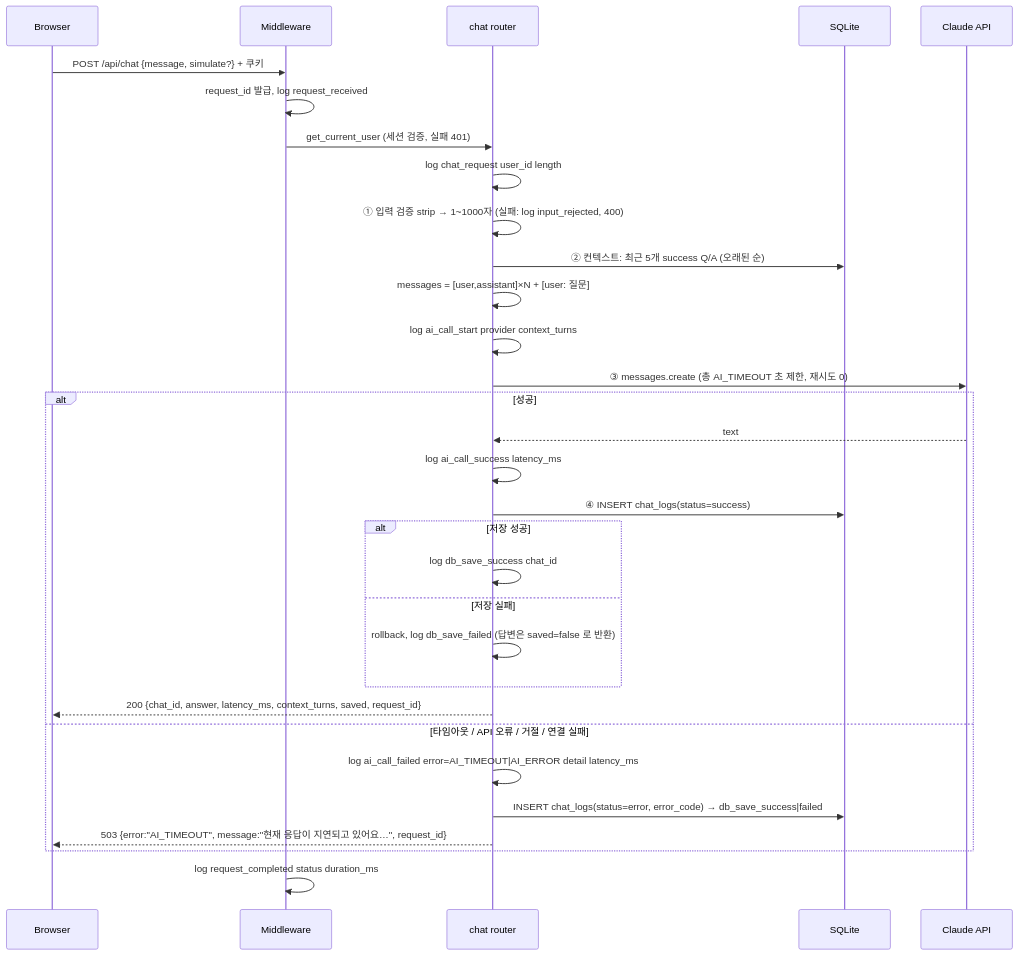
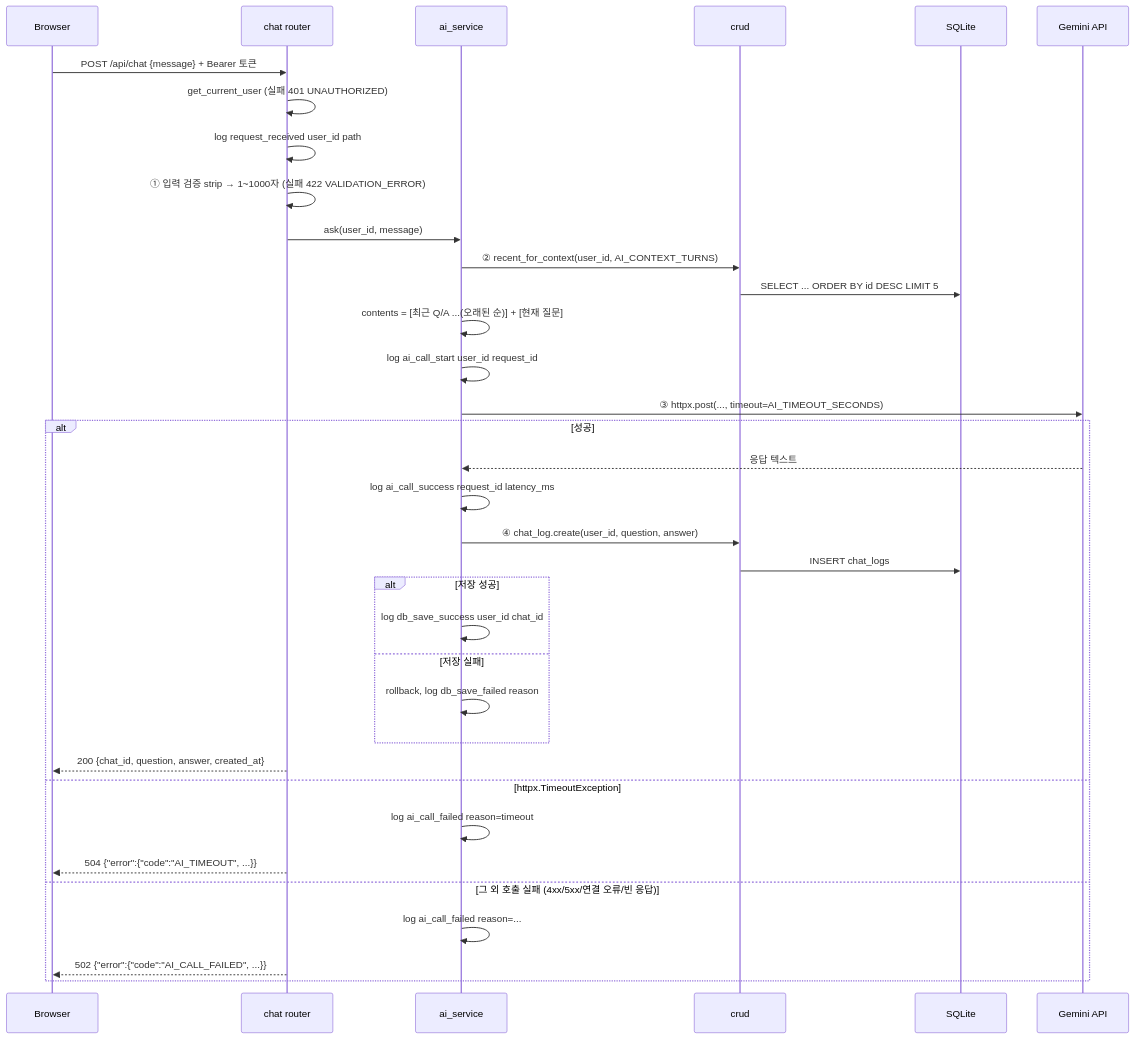
The fourth of 4 diagrams in docs/02-architecture.md (b7-1-chatbot-team/B7-1-chatbot), drawn with Mermaid before and after one commit. The commit also changed other lines of this file and 8 other files, not shown here.

````diff
--- a/docs/02-architecture.md
+++ b/docs/02-architecture.md
@@ -145,33 +218,37 @@
 ```mermaid
 sequenceDiagram
     participant B as Browser
-    participant M as Middleware
-    participant C as chat router
+    participant R as chat router
+    participant S as ai_service
+    participant C as crud
     participant D as SQLite
-    participant AI as Claude API
-    B->>M: POST /api/chat {message, simulate?} + 쿠키
-    M->>M: request_id 발급, log request_received
-    M->>C: get_current_user (세션 검증, 실패 401)
-    C->>C: log chat_request user_id length
-    C->>C: ① 입력 검증 strip → 1~1000자 (실패: log input_rejected, 400)
-    C->>D: ② 컨텍스트: 최근 5개 success Q/A (오래된 순)
-    C->>C: messages = [user,assistant]×N + [user: 질문]
-    C->>C: log ai_call_start provider context_turns
-    C->>AI: ③ messages.create (총 AI_TIMEOUT 초 제한, 재시도 0)
+    participant G as Gemini API
+    B->>R: POST /api/chat {message} + Bearer 토큰
+    R->>R: get_current_user (실패 401 UNAUTHORIZED)
+    R->>R: log request_received user_id path
+    R->>R: ① 입력 검증 strip → 1~1000자 (실패 422 VALIDATION_ERROR)
+    R->>S: ask(user_id, message)
+    S->>C: ② recent_for_context(user_id, AI_CONTEXT_TURNS)
+    C->>D: SELECT ... ORDER BY id DESC LIMIT 5
+    S->>S: contents = [최근 Q/A ...(오래된 순)] + [현재 질문]
+    S->>S: log ai_call_start user_id request_id
+    S->>G: ③ httpx.post(..., timeout=AI_TIMEOUT_SECONDS)
     alt 성공
-        AI-->>C: text
-        C->>C: log ai_call_success latency_ms
-        C->>D: ④ INSERT chat_logs(status=success)
+        G-->>S: 응답 텍스트
+        S->>S: log ai_call_success request_id latency_ms
+        S->>C: ④ chat_log.create(user_id, question, answer)
+        C->>D: INSERT chat_logs
         alt 저장 성공
-            C->>C: log db_save_success chat_id
+            S->>S: log db_save_success user_id chat_id
         else 저장 실패
-            C->>C: rollback, log db_save_failed (답변은 saved=false 로 반환)
+            S->>S: rollback, log db_save_failed reason
         end
-        C-->>B: 200 {chat_id, answer, latency_ms, context_turns, saved, request_id}
-    else 타임아웃 / API 오류 / 거절 / 연결 실패
-        C->>C: log ai_call_failed error=AI_TIMEOUT|AI_ERROR detail latency_ms
-        C->>D: INSERT chat_logs(status=error, error_code) → db_save_success|failed
-        C-->>B: 503 {error:"AI_TIMEOUT", message:"현재 응답이 지연되고 있어요…", request_id}
+        R-->>B: 200 {chat_id, question, answer, created_at}
+    else httpx.TimeoutException
+        S->>S: log ai_call_failed reason=timeout
+        R-->>B: 504 {"error":{"code":"AI_TIMEOUT", ...}}
+    else 그 외 호출 실패 (4xx/5xx/연결 오류/빈 응답)
+        S->>S: log ai_call_failed reason=...
+        R-->>B: 502 {"error":{"code":"AI_CALL_FAILED", ...}}
     end
-    M->>M: log request_completed status duration_ms
 ```
````
